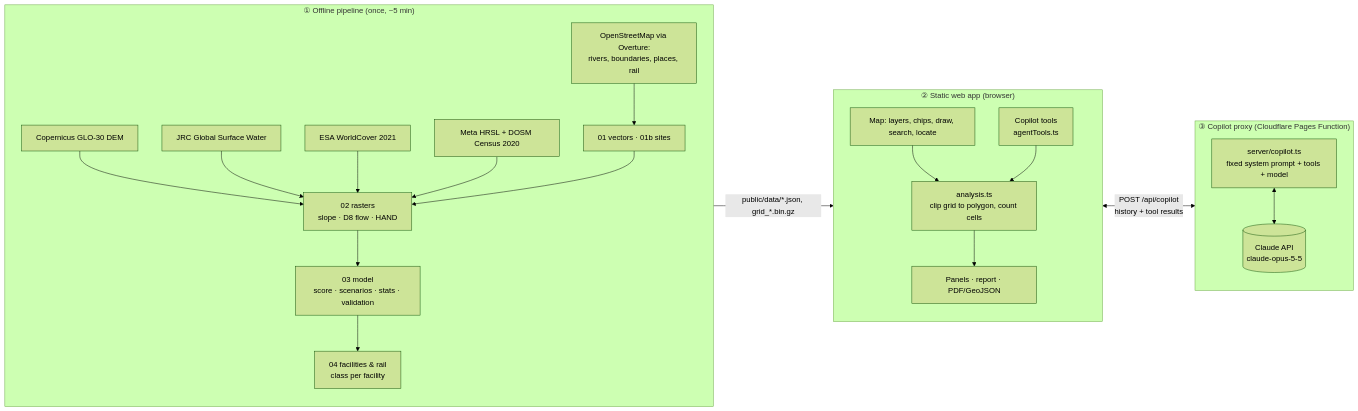
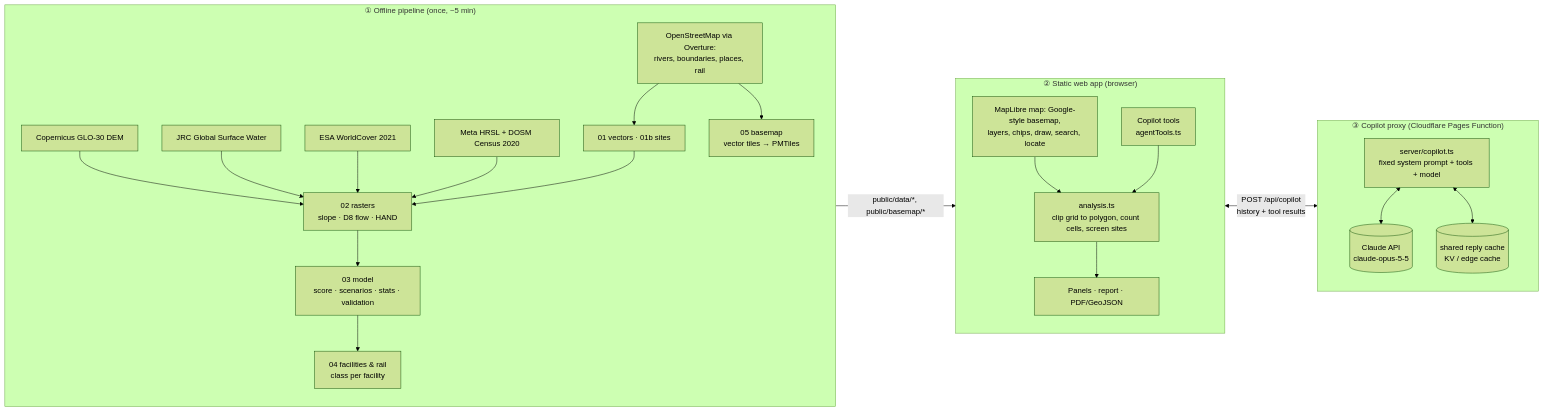
Before and after one commit to LuqmanNurhakimRosli/gingko-protototype: the first of 2 diagrams in docs/ARCHITECTURE.md, drawn with Mermaid (forest theme). The commit also changed other lines of this file and 5 other files, not shown here.

First line of the commit message:
Add the workflow blueprint, shareable map views and a search shortcut

````diff
--- a/docs/ARCHITECTURE.md
+++ b/docs/ARCHITECTURE.md
@@ -9,25 +11,27 @@
 ```mermaid
 flowchart LR
   subgraph A["① Offline pipeline (once, ~5 min)"]
     direction TB
     S1[Copernicus GLO-30 DEM] --> P2
     S2[OpenStreetMap via Overture:<br/>rivers, boundaries, places, rail] --> P1
     S3[JRC Global Surface Water] --> P2
     S4[ESA WorldCover 2021] --> P2
     S5[Meta HRSL + DOSM Census 2020] --> P2
     P1[01 vectors · 01b sites] --> P2[02 rasters<br/>slope · D8 flow · HAND]
     P2 --> P3[03 model<br/>score · scenarios · stats · validation]
     P3 --> P4[04 facilities & rail<br/>class per facility]
+    S2 --> P5[05 basemap<br/>vector tiles → PMTiles]
   end
-  A -->|public/data/*.json, grid_*.bin.gz| B
+  A -->|public/data/*, public/basemap/*| B
   subgraph B["② Static web app (browser)"]
     direction TB
-    M[Map: layers, chips, draw, search, locate] --> AN[analysis.ts<br/>clip grid to polygon, count cells]
+    M[MapLibre map: Google-style basemap,<br/>layers, chips, draw, search, locate] --> AN[analysis.ts<br/>clip grid to polygon, count cells, screen sites]
     AN --> UI[Panels · report · PDF/GeoJSON]
     T[Copilot tools<br/>agentTools.ts] --> AN
   end
   B <-->|POST /api/copilot<br/>history + tool results| C
   subgraph C["③ Copilot proxy (Cloudflare Pages Function)"]
     F[server/copilot.ts<br/>fixed system prompt + tools + model] <--> CL[(Claude API<br/>claude-opus-5-5)]
+    F <--> KV[(shared reply cache<br/>KV / edge cache)]
   end
 ```
````
